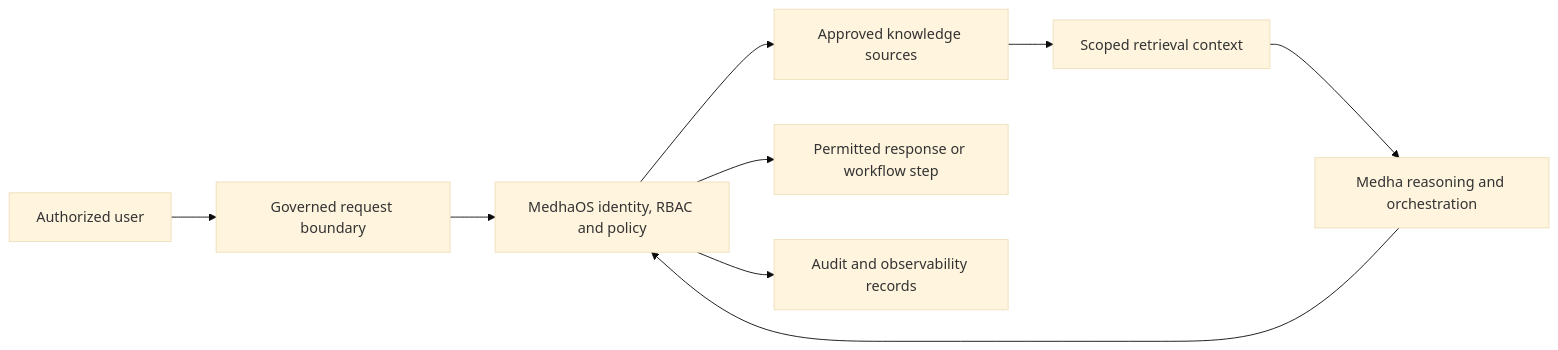
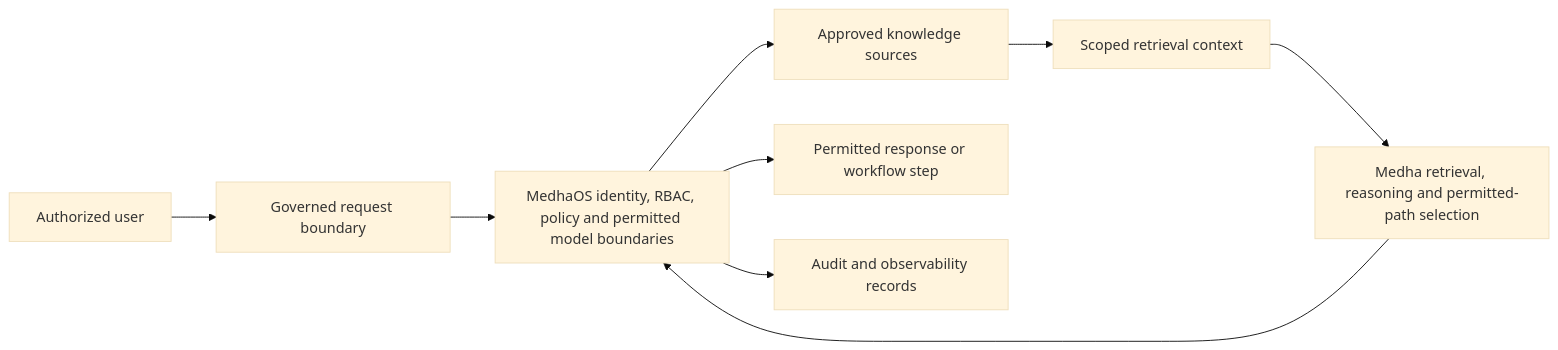
The diagram in reference-architectures/governed-knowledge-assistant.md (sastra-innovations/sastra-public-docs), drawn with Mermaid (base theme) before and after one commit. The commit also changed other lines of this file and 14 other files, not shown here.

````diff
--- a/reference-architectures/governed-knowledge-assistant.md
+++ b/reference-architectures/governed-knowledge-assistant.md
@@ -11,11 +11,11 @@
 ```mermaid
 flowchart LR
   User["Authorized user"] --> Gateway["Governed request boundary"]
-  Gateway --> OS["MedhaOS identity, RBAC and policy"]
+  Gateway --> OS["MedhaOS identity, RBAC, policy and permitted model boundaries"]
   OS --> Sources["Approved knowledge sources"]
   Sources --> Context["Scoped retrieval context"]
-  Context --> Medha["Medha reasoning and orchestration"]
+  Context --> Medha["Medha retrieval, reasoning and permitted-path selection"]
   Medha --> OS
   OS --> Response["Permitted response or workflow step"]
   OS --> Audit["Audit and observability records"]
 ```
````
